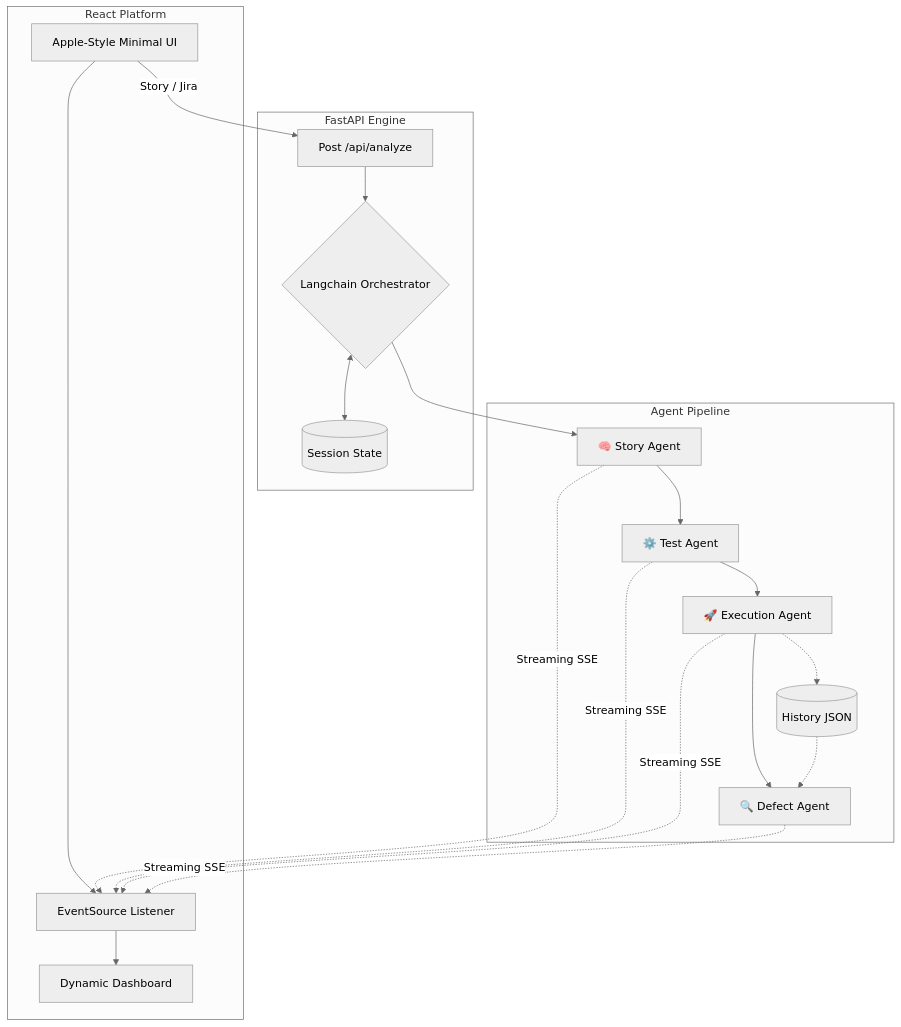
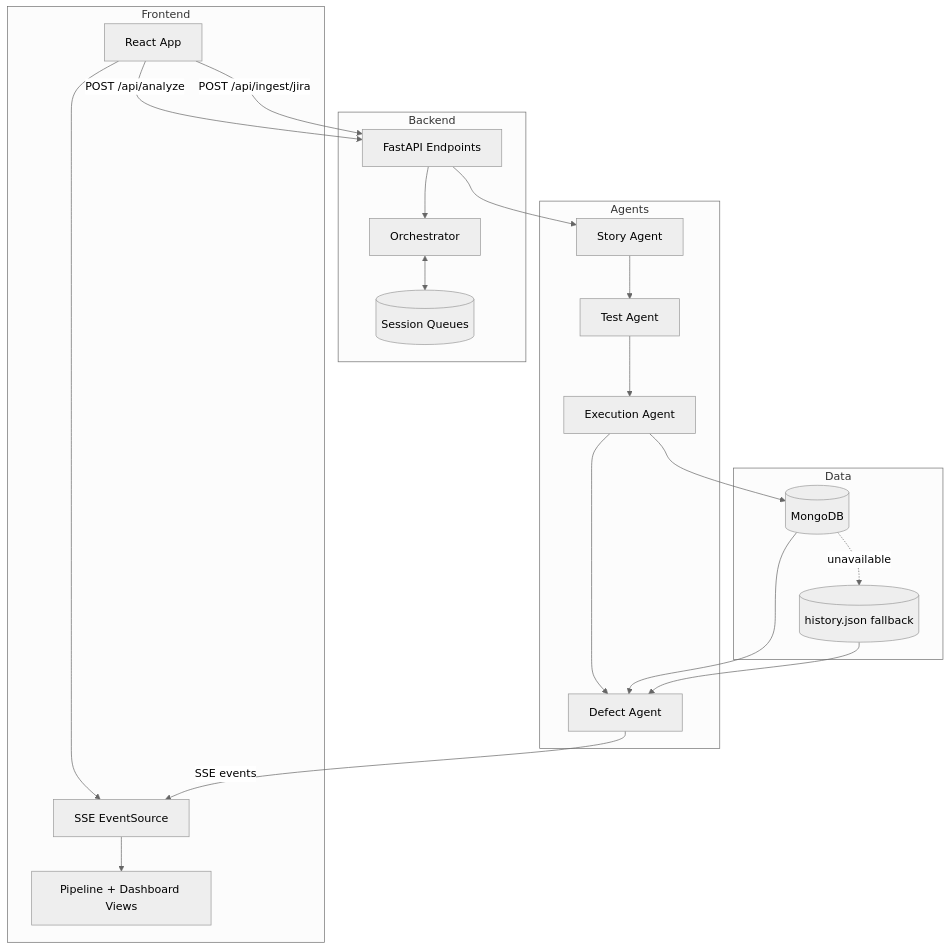
The diagram in docs/architecture.md (ishan1603/IronTest), drawn with Mermaid (neutral theme) before and after one commit. The commit also changed other lines of this file and 25 other files, not shown here.

Commit message:
Switching to Gemini for better responses, Fixing docs and implementing mongoDB + JIRA API

````diff
--- a/docs/architecture.md
+++ b/docs/architecture.md
@@ -8,36 +9,40 @@
 ```mermaid
 graph TD
-    subgraph Frontend [React Platform]
-        UI[Apple-Style Minimal UI]
-        Stream[EventSource Listener]
-        Dash[Dynamic Dashboard]
-        UI --> Stream
-        Stream --> Dash
+    subgraph Frontend
+        UI[React App]
+        ES[SSE EventSource]
+        DASH[Pipeline + Dashboard Views]
+        UI --> ES
+        ES --> DASH
     end
 
-    subgraph Backend [FastAPI Engine]
-        API[Post /api/analyze]
-        Orch{Langchain Orchestrator}
-        Mem[(Session State)]
-        
-        API --> Orch
-        Orch <--> Mem
+    subgraph Backend
+        API[FastAPI Endpoints]
+        ORCH[Orchestrator]
+        SESS[(Session Queues)]
+        API --> ORCH
+        ORCH <--> SESS
     end
 
-    subgraph Agents [Agent Pipeline]
-        A1[🧠 Story Agent]
-        A2[⚙️ Test Agent]
-        A3[🚀 Execution Agent]
-        A4[🔍 Defect Agent]
-        
-        Orch --> A1
-        A1 --> A2
-        A2 --> A3
-        A3 --> A4
-        A3 -.-> DB[(History JSON)]
-        DB -.-> A4
+    subgraph Agents
+        A1[Story Agent]
+        A2[Test Agent]
+        A3[Execution Agent]
+        A4[Defect Agent]
+        A1 --> A2 --> A3 --> A4
     end
-    
-    UI -- "Story / Jira" --> API
-    A1 & A2 & A3 & A4 -. "Streaming SSE" .-> Stream
+
+    subgraph Data
+        MONGO[(MongoDB)]
+        FILE[(history.json fallback)]
+    end
+
+    UI -->|POST /api/analyze| API
+    UI -->|POST /api/ingest/jira| API
+    API --> A1
+    A4 -->|SSE events| ES
+    A3 --> MONGO
+    MONGO -. unavailable .-> FILE
+    MONGO --> A4
+    FILE --> A4
 ```
````
